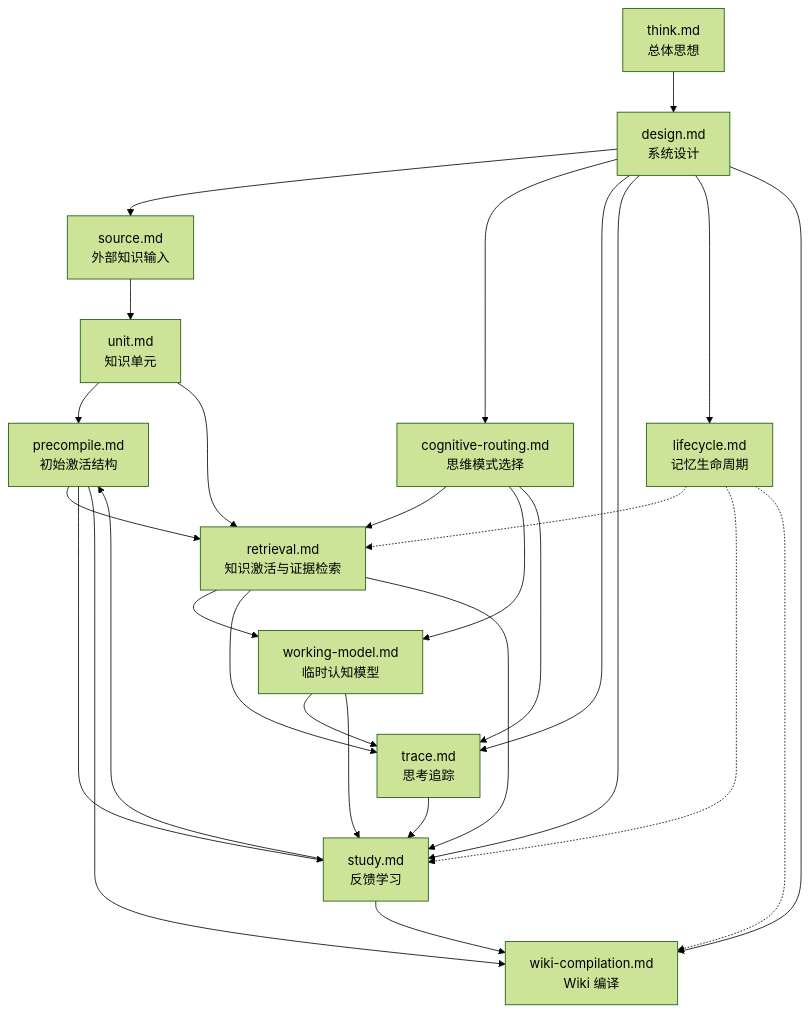
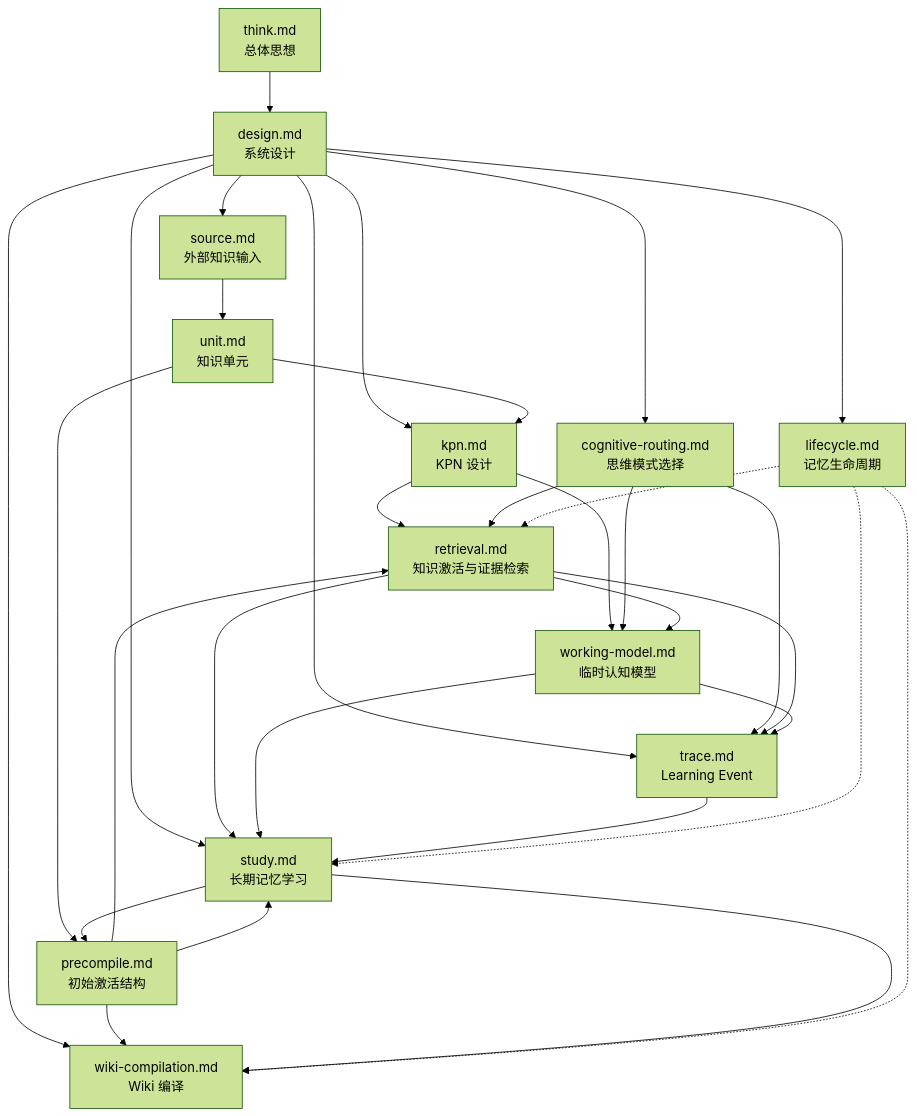
One commit to xman1978/wiki-brain changed the diagram in docs/design/readme.md. Above: the diagram before and after it, drawn with Mermaid (forest theme). The commit also changed other lines of this file and 11 other files, not shown here.

Commit message:
wiki-brain v0.0.3 1. trace 和 study 文档调整

````diff
--- a/docs/design/readme.md
+++ b/docs/design/readme.md
@@ -45,55 +47,59 @@
 ```mermaid
 flowchart TB
   think["think.md<br/>总体思想"]
   design["design.md<br/>系统设计"]
 
   source["source.md<br/>外部知识输入"]
   unit["unit.md<br/>知识单元"]
+  kpn["kpn.md<br/>KPN 设计"]
   precompile["precompile.md<br/>初始激活结构"]
 
   routing["cognitive-routing.md<br/>思维模式选择"]
   retrieval["retrieval.md<br/>知识激活与证据检索"]
   working["working-model.md<br/>临时认知模型"]
 
-  trace["trace.md<br/>思考追踪"]
-  study["study.md<br/>反馈学习"]
+  trace["trace.md<br/>Learning Event"]
+  study["study.md<br/>长期记忆学习"]
   lifecycle["lifecycle.md<br/>记忆生命周期"]
   wiki["wiki-compilation.md<br/>Wiki 编译"]
 
   think --> design
 
   design --> source
   design --> routing
+  design --> kpn
   design --> trace
   design --> study
   design --> lifecycle
   design --> wiki
 
   source --> unit
+  unit --> kpn
   unit --> precompile
-  unit --> retrieval
+  kpn --> retrieval
+  kpn --> working
 
   precompile --> retrieval
   precompile --> study
   precompile --> wiki
 
   routing --> retrieval
   routing --> working
   routing --> trace
 
   retrieval --> working
   retrieval --> trace
   retrieval --> study
 
   working --> trace
   working --> study
 
   trace --> study
 
   study --> precompile
   study --> wiki
 
   lifecycle -.-> retrieval
   lifecycle -.-> study
   lifecycle -.-> wiki
 ```
````
